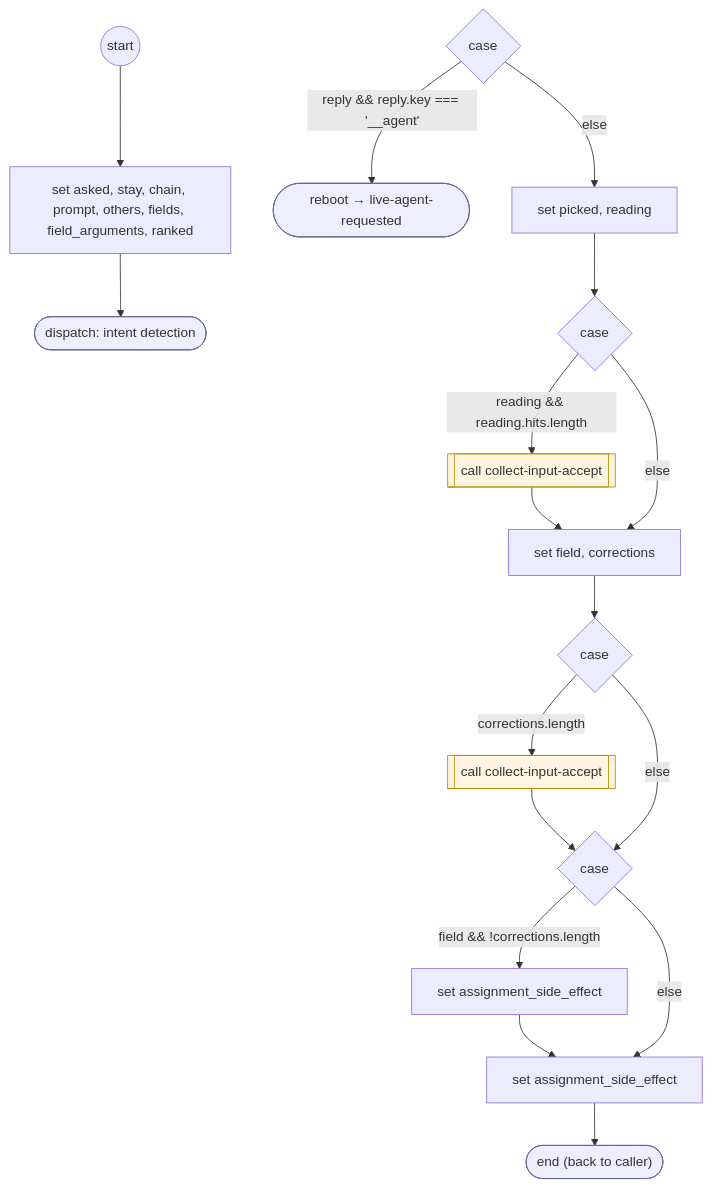
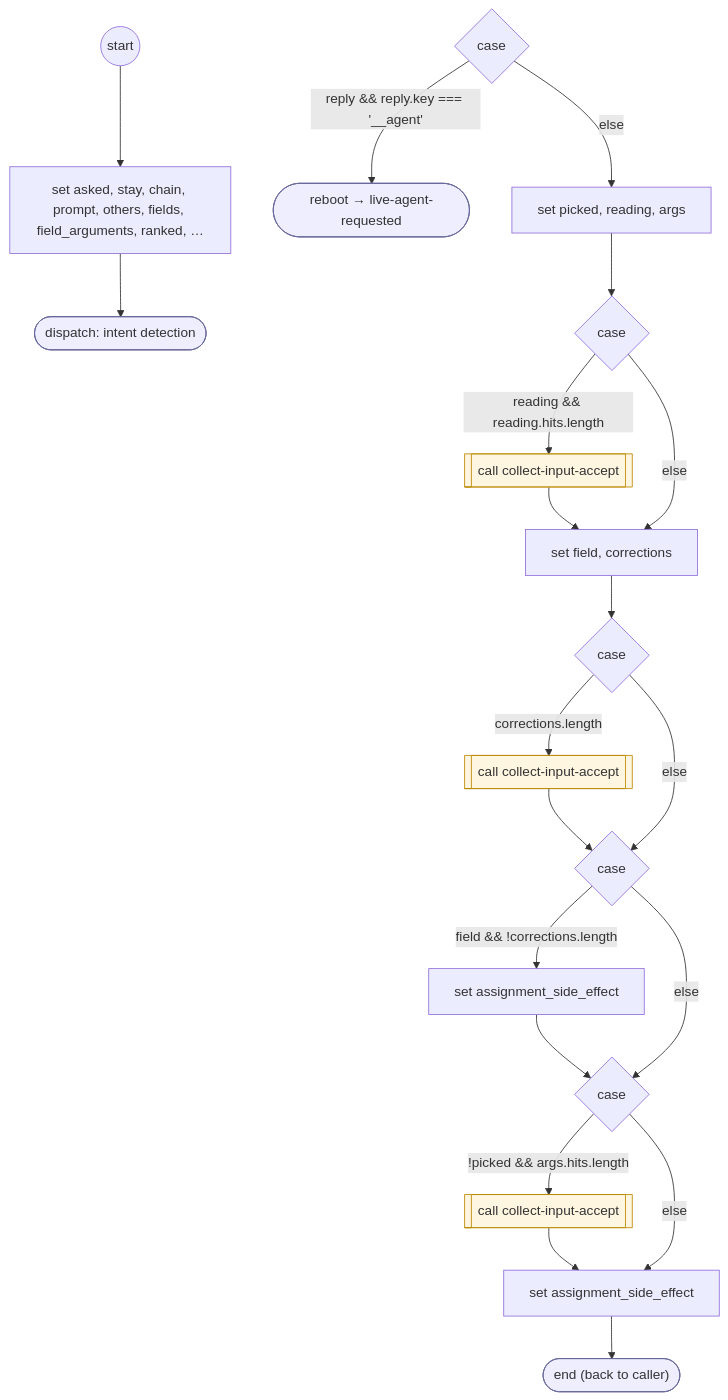
Before and after one commit to ronpinkas/jsfe: the diagram in docs/flows/system/read-confirm-reply.md, drawn with Mermaid. The commit also changed other lines of this file and 5 other files, not shown here.

````diff
--- a/docs/flows/system/read-confirm-reply.md
+++ b/docs/flows/system/read-confirm-reply.md
@@ -20,43 +22,49 @@
 ```mermaid
 flowchart TD
    START(("start"))
-   n0["set asked, stay, chain, prompt, others, fields, field_arguments, ranked"]
+   n0["set asked, stay, chain, prompt, others, fields, field_arguments, ranked, …"]
    START --> n0
    n1(["dispatch: intent detection"])
    class n1 endstep
    n0 --> n1
    c2{"case"}
    b3(["reboot → live-agent-requested"])
    class b3 endstep
    c2 -- "reply && reply.key === '__agent'" --> b3
-   n4["set picked, reading"]
+   n4["set picked, reading, args"]
    c2 -- "else" --> n4
    c5{"case"}
    n4 --> c5
    b6[["call collect-input-accept"]]
    class b6 flowstep
    c5 -- "reading && reading.hits.length" --> b6
    n7["set field, corrections"]
    b6 --> n7
    c5 -- "else" --> n7
    c8{"case"}
    n7 --> c8
    b9[["call collect-input-accept"]]
    class b9 flowstep
    c8 -- "corrections.length" --> b9
    c10{"case"}
    b9 --> c10
    c8 -- "else" --> c10
    b11["set assignment_side_effect"]
    c10 -- "field && !corrections.length" --> b11
-   n12["set assignment_side_effect"]
-   b11 --> n12
-   c10 -- "else" --> n12
+   c12{"case"}
+   b11 --> c12
+   c10 -- "else" --> c12
+   b13[["call collect-input-accept"]]
+   class b13 flowstep
+   c12 -- "!picked && args.hits.length" --> b13
+   n14["set assignment_side_effect"]
+   b13 --> n14
+   c12 -- "else" --> n14
    DONE(["end (back to caller)"])
    class DONE endstep
-   n12 --> DONE
+   n14 --> DONE
    classDef endstep fill:#eef,stroke:#669
    classDef toolstep fill:#efe,stroke:#696
    classDef flowstep fill:#fef6e0,stroke:#b80
    classDef inputstep fill:#f3eefc,stroke:#75a
 ```
````
